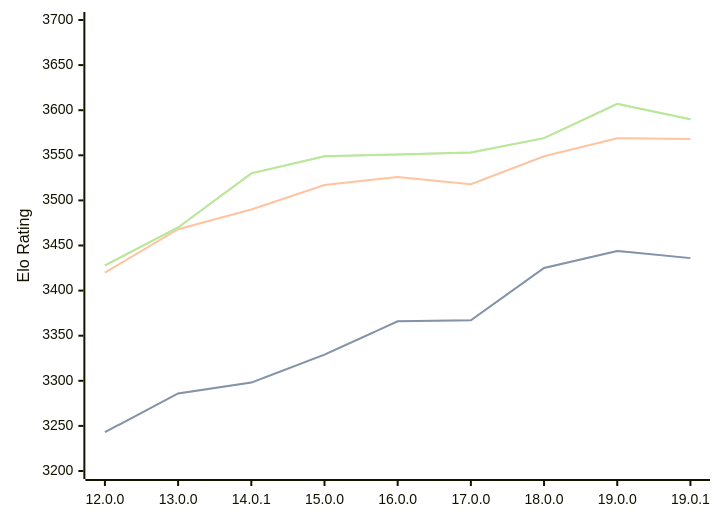
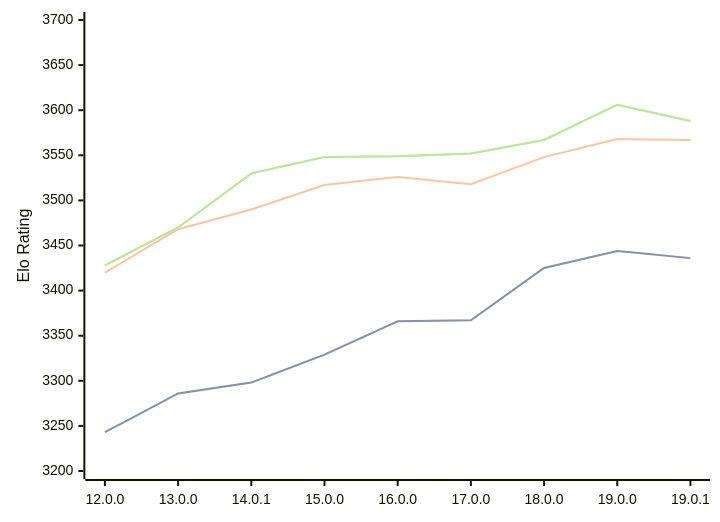
Before and after one commit to computer-chess-index/cci: the diagram in engines/Viridithas.md, drawn with Mermaid. The commit also changed other lines of this file, not shown here.

Commit message:
Update CCI Ratings (ELO VLTC) - 2026-03-11

````diff
--- a/engines/Viridithas.md
+++ b/engines/Viridithas.md
@@ -61,11 +61,11 @@
 ```mermaid
 %%{init: {"theme":"base","themeVariables":{"seriesColors:['#a3a3a3','#222221','#faa371']}}}%%
 xychart-beta
   x-axis ["12.0.0", "13.0.0", "14.0.1", "15.0.0", "16.0.0", "17.0.0", "18.0.0", "19.0.0", "19.0.1"]
   y-axis "Elo Rating" 3200 --> 3700
   line "STC (8.0+0.08s)" [3243, 3286, 3298, 3329, 3366, 3367, 3425, 3444, 3436]
   line "STC (8.0+0.08s)" [3243, 3286, 3298, 3329, 3366, 3367, 3425, 3444, 3436]
-  line "LTC (60.0+0.60s)" [3420, 3468, 3490, 3517, 3526, 3518, 3549, 3569, 3568]
-  line "VLTC (2m24s+1.12s)" [3428, 3470, 3530, 3549, 3551, 3553, 3569, 3607, 3590]
-  line "VLTC (2m24s+1.12s)" [3428, 3470, 3530, 3549, 3551, 3553, 3569, 3607, 3590]
+  line "LTC (60.0+0.60s)" [3420, 3468, 3490, 3517, 3526, 3518, 3548, 3568, 3567]
+  line "VLTC (2m24s+1.12s)" [3428, 3470, 3530, 3548, 3549, 3552, 3567, 3606, 3588]
+  line "VLTC (2m24s+1.12s)" [3428, 3470, 3530, 3548, 3549, 3552, 3567, 3606, 3588]
 ```
````
